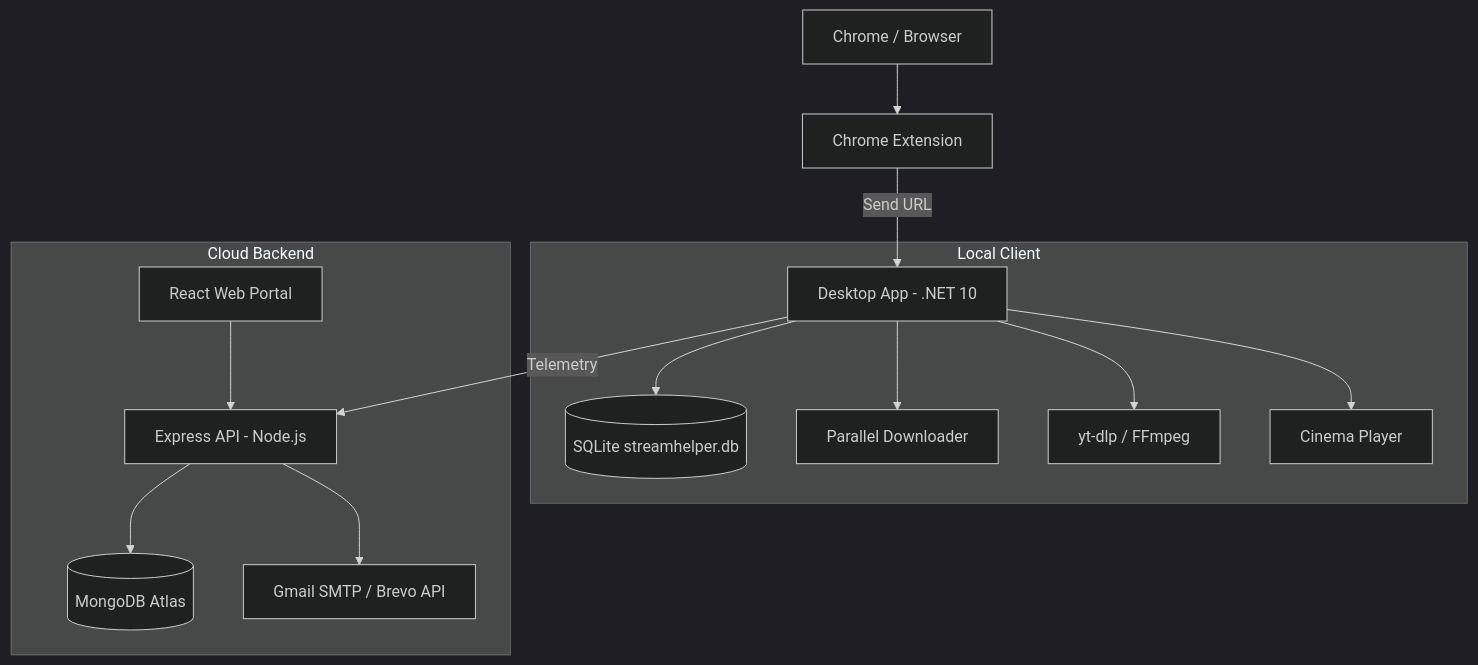
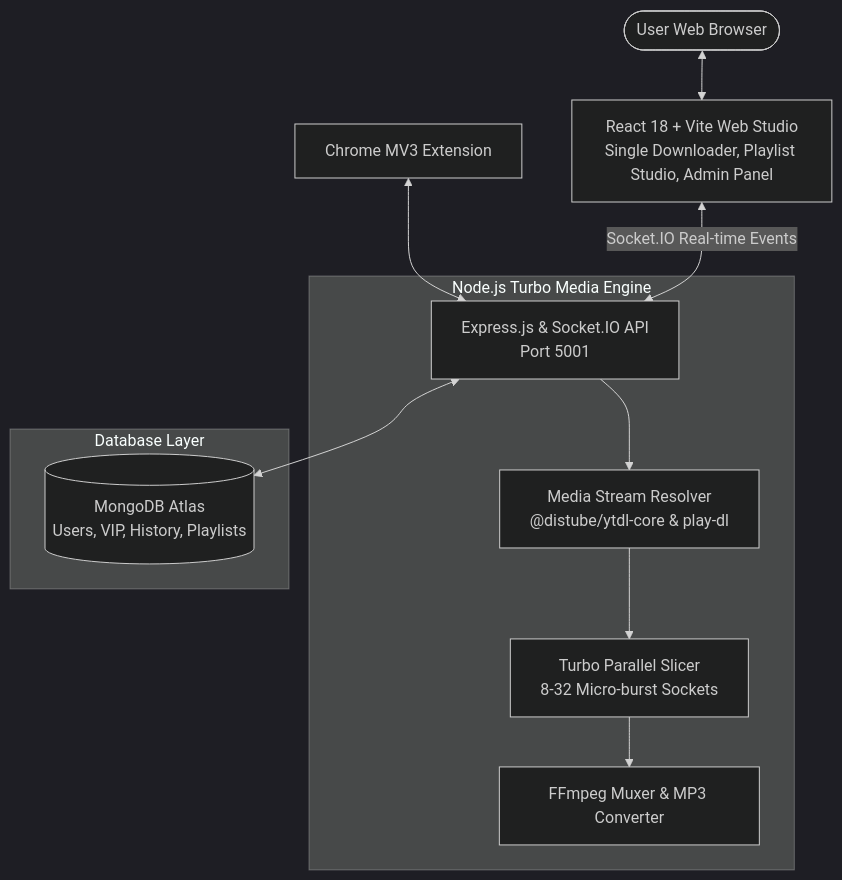
Before and after one commit to zaid154/SaveZonix: the diagram in README.md, drawn with Mermaid (dark theme). The commit also changed other lines of this file and 244 other files, not shown here.

Commit message:
feat(arch): unify into single 100% pure MERN repository with root client, server, and extension folders

````diff
--- a/README.md
+++ b/README.md
@@ -20,19 +20,16 @@
 ```mermaid
 graph TD
-    Browser[Chrome / Browser] --> Ext[Chrome Extension]
-    Ext -->|Send URL| App[Desktop App - .NET 10]
+    User([User Web Browser]) <--> ReactApp[React 18 + Vite Web Studio\nSingle Downloader, Playlist Studio, Admin Panel]
+    Extension[Chrome MV3 Extension] <--> ExpressAPI[Express.js & Socket.IO API\nPort 5001]
+    ReactApp <-->|Socket.IO Real-time Events| ExpressAPI
     
-    subgraph "Local Client"
-        App --> SQLite[(SQLite streamhelper.db)]
-        App --> Downloader[Parallel Downloader]
-        App --> YtDlp[yt-dlp / FFmpeg]
-        App --> Player[Cinema Player]
+    subgraph Engine [Node.js Turbo Media Engine]
+        ExpressAPI --> MediaResolver[Media Stream Resolver\n@distube/ytdl-core & play-dl]
+        MediaResolver --> TurboDownloader[Turbo Parallel Slicer\n8-32 Micro-burst Sockets]
+        TurboDownloader --> FFmpeg[FFmpeg Muxer & MP3 Converter]
     end
 
-    subgraph "Cloud Backend"
-        App -->|Telemetry| API[Express API - Node.js]
-        Web[React Web Portal] --> API
-        API --> MongoDB[(MongoDB Atlas)]
-        API --> Email[Gmail SMTP / Brevo API]
+    subgraph Database [Database Layer]
+        ExpressAPI <--> MongoDB[(MongoDB Atlas\nUsers, VIP, History, Playlists)]
     end
 ```
````
